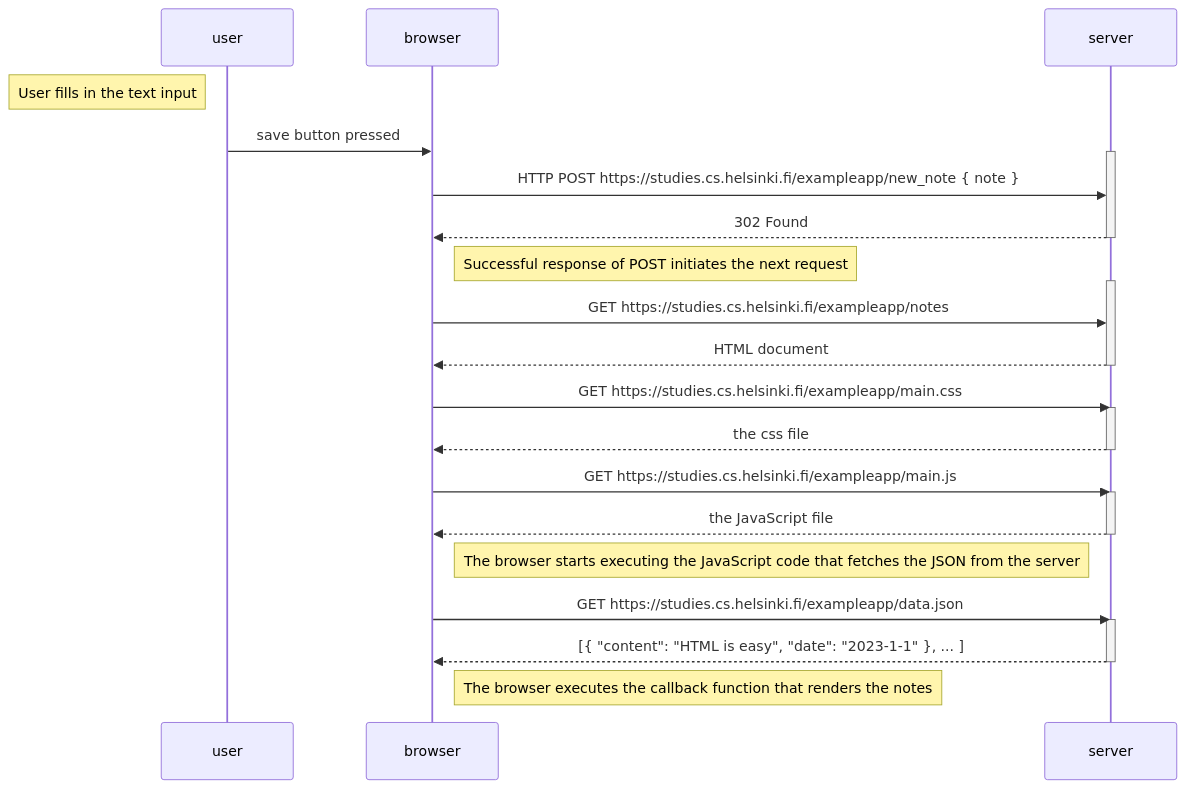
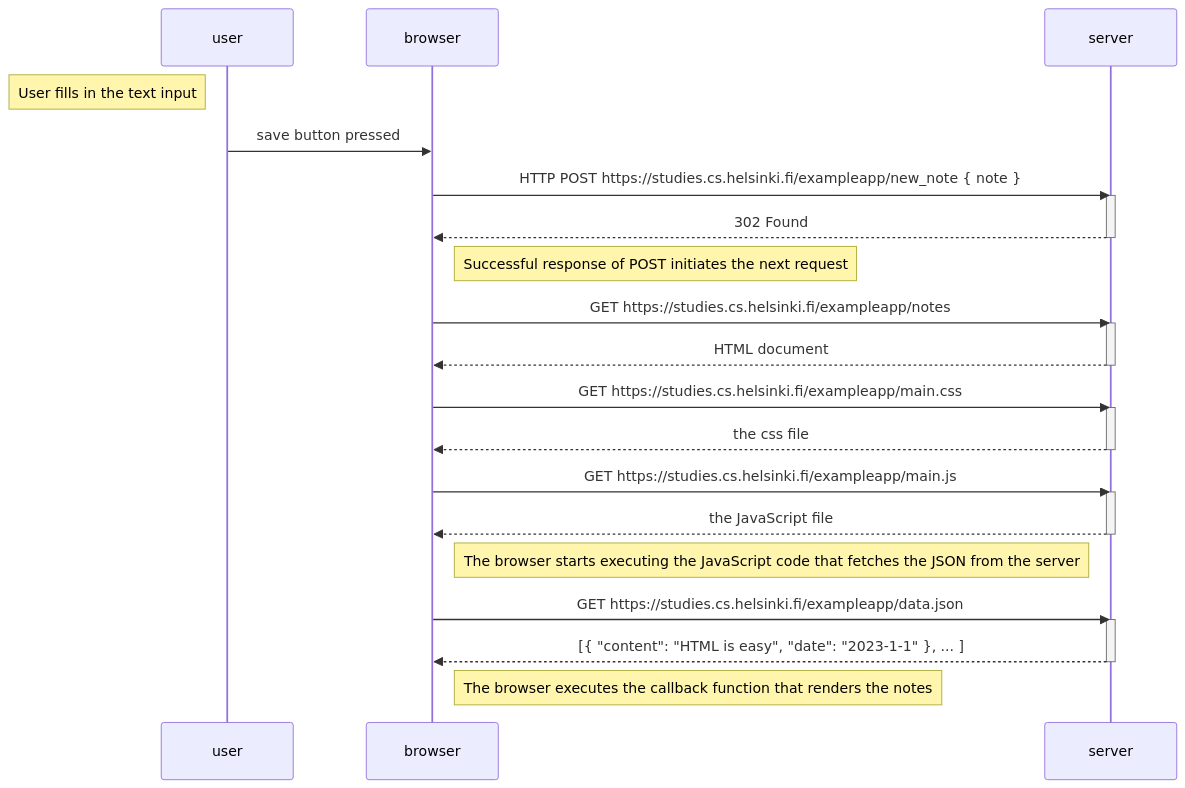
One commit to elidare/fullstack-course changed the diagram in part0/0.4.md. Above: the diagram before and after it, drawn with Mermaid.

Commit message:
Part 0: 0.4 fix

````diff
--- a/part0/0.4.md
+++ b/part0/0.4.md
@@ -1,41 +1,44 @@
 ```mermaid
 sequenceDiagram
     participant user
     participant browser
     participant server
 
     Note left of user: User fills in the text input
     user->>browser: save button pressed
 
+    browser->>server: HTTP POST https://studies.cs.helsinki.fi/exampleapp/new_note { note }
+    
     activate server
-    browser->>server: HTTP POST https://studies.cs.helsinki.fi/exampleapp/new_note { note }
     server-->>browser: 302 Found
     deactivate server
     
     Note right of browser: Successful response of POST initiates the next request
+    browser->>server: GET https://studies.cs.helsinki.fi/exampleapp/notes
+    
     activate server
-    browser->>server: GET https://studies.cs.helsinki.fi/exampleapp/notes
     server-->>browser: HTML document
     deactivate server
 
     browser->>server: GET https://studies.cs.helsinki.fi/exampleapp/main.css
  
     activate server
     server-->>browser: the css file
     deactivate server
     
     browser->>server: GET https://studies.cs.helsinki.fi/exampleapp/main.js
+    
     activate server
     server-->>browser: the JavaScript file
     deactivate server
     
     Note right of browser: The browser starts executing the JavaScript code that fetches the JSON from the server
     
     browser->>server: GET https://studies.cs.helsinki.fi/exampleapp/data.json
     
     activate server
     server-->>browser: [{ "content": "HTML is easy", "date": "2023-1-1" }, ... ]
     deactivate server    
 
     Note right of browser: The browser executes the callback function that renders the notes 
 ```
````
